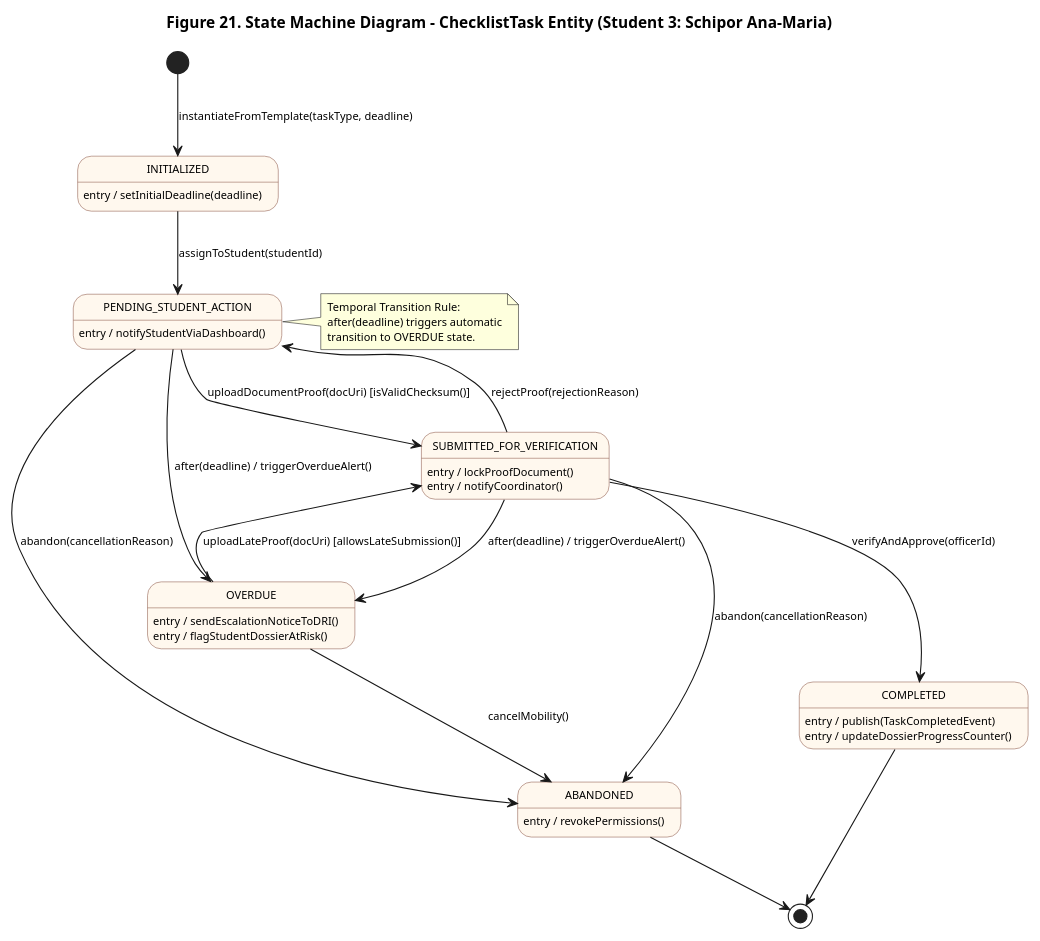
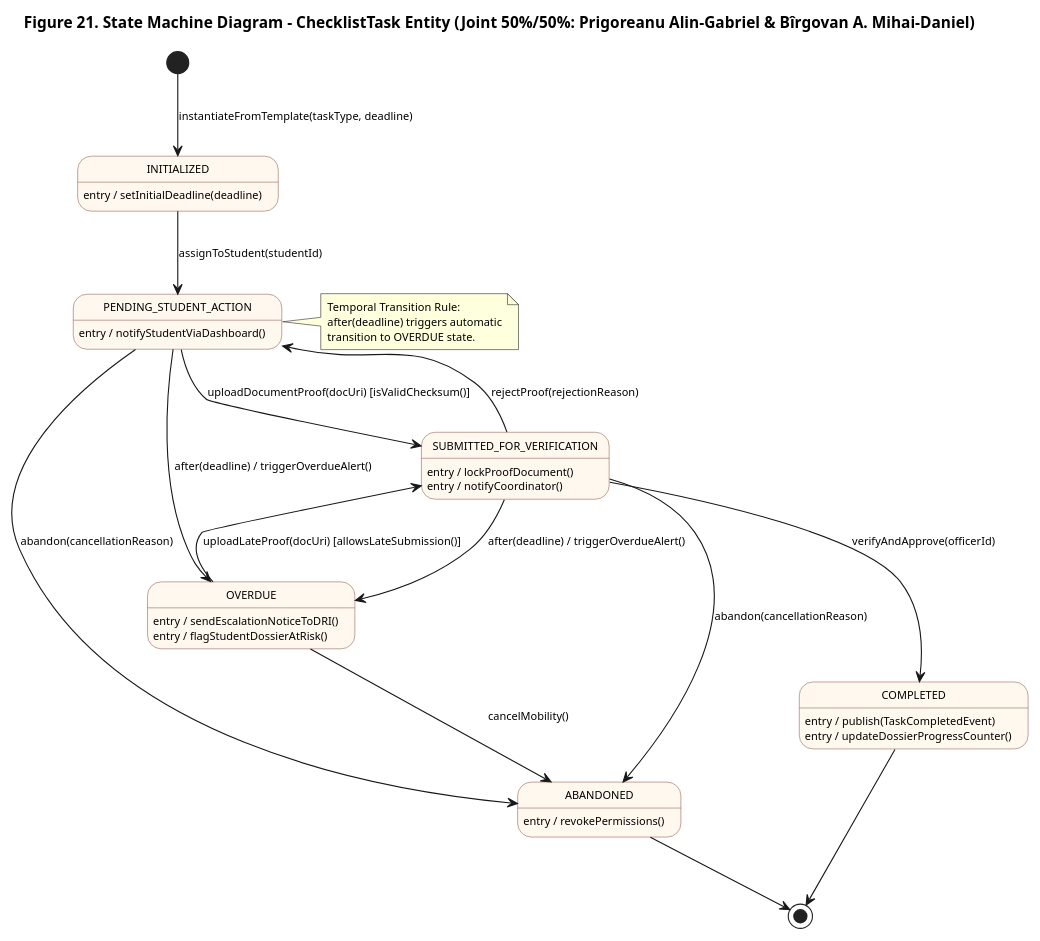
The diagram in docs/diagrams/fig21-statemachine-checklist-task.puml (prigo929/erasmus-mobility-platform), drawn with PlantUML before and after one commit. The commit also changed 5 other files, not shown here.

```diff
--- a/docs/diagrams/fig21-statemachine-checklist-task.puml
+++ b/docs/diagrams/fig21-statemachine-checklist-task.puml
@@ -1,65 +1,65 @@
 @startuml
-title Figure 21. State Machine Diagram - ChecklistTask Entity (Student 3: Schipor Ana-Maria)
+title Figure 21. State Machine Diagram - ChecklistTask Entity (Joint 50%/50%: Prigoreanu Alin-Gabriel & Bîrgovan A. Mihai-Daniel)
 skinparam backgroundColor #FFFFFF
 skinparam defaultFontName "Helvetica", "Arial", sans-serif
 skinparam defaultFontSize 10
 skinparam state {
   BackgroundColor #FFF8EE
   BorderColor #8D5B4C
   FontSize 10
   HeaderBackgroundColor #FCEBD9
 }
 
 [*] --> INITIALIZED : instantiateFromTemplate(taskType, deadline)
 
 state INITIALIZED {
   INITIALIZED : entry / setInitialDeadline(deadline)
 }
 
 INITIALIZED --> PENDING_STUDENT_ACTION : assignToStudent(studentId)
 
 state PENDING_STUDENT_ACTION {
   PENDING_STUDENT_ACTION : entry / notifyStudentViaDashboard()
 }
 
 PENDING_STUDENT_ACTION --> SUBMITTED_FOR_VERIFICATION : uploadDocumentProof(docUri) [isValidChecksum()]
 PENDING_STUDENT_ACTION --> OVERDUE : after(deadline) / triggerOverdueAlert()
 PENDING_STUDENT_ACTION --> ABANDONED : abandon(cancellationReason)
 
 state SUBMITTED_FOR_VERIFICATION {
   SUBMITTED_FOR_VERIFICATION : entry / lockProofDocument()
   SUBMITTED_FOR_VERIFICATION : entry / notifyCoordinator()
 }
 
 SUBMITTED_FOR_VERIFICATION --> COMPLETED : verifyAndApprove(officerId)
 SUBMITTED_FOR_VERIFICATION --> PENDING_STUDENT_ACTION : rejectProof(rejectionReason)
 SUBMITTED_FOR_VERIFICATION --> OVERDUE : after(deadline) / triggerOverdueAlert()
 SUBMITTED_FOR_VERIFICATION --> ABANDONED : abandon(cancellationReason)
 
 state OVERDUE {
   OVERDUE : entry / sendEscalationNoticeToDRI()
   OVERDUE : entry / flagStudentDossierAtRisk()
 }
 
 OVERDUE --> SUBMITTED_FOR_VERIFICATION : uploadLateProof(docUri) [allowsLateSubmission()]
 OVERDUE --> ABANDONED : cancelMobility()
 
 state COMPLETED {
   COMPLETED : entry / publish(TaskCompletedEvent)
   COMPLETED : entry / updateDossierProgressCounter()
 }
 
 state ABANDONED {
   ABANDONED : entry / revokePermissions()
 }
 
 COMPLETED --> [*]
 ABANDONED --> [*]
 
 note right of PENDING_STUDENT_ACTION
   Temporal Transition Rule:
   after(deadline) triggers automatic
   transition to OVERDUE state.
 end note
 
 @enduml
```
